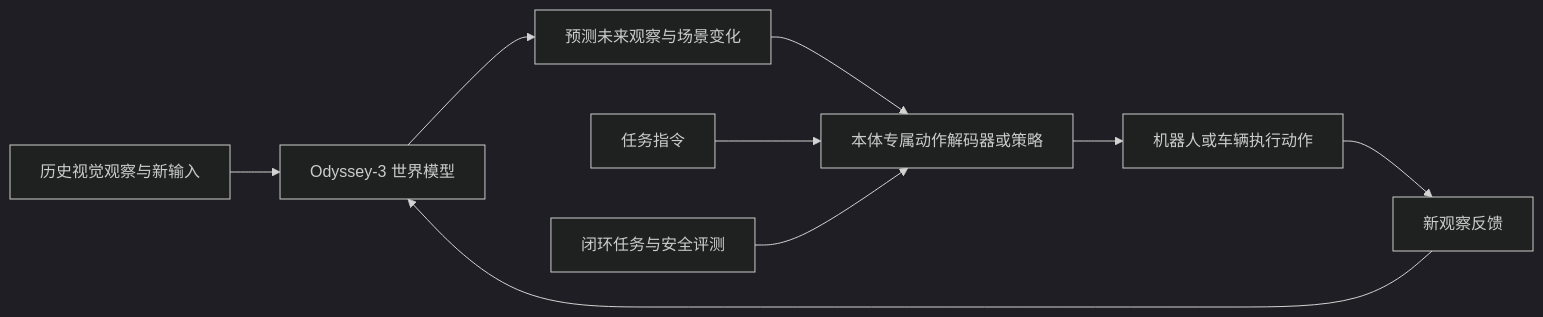
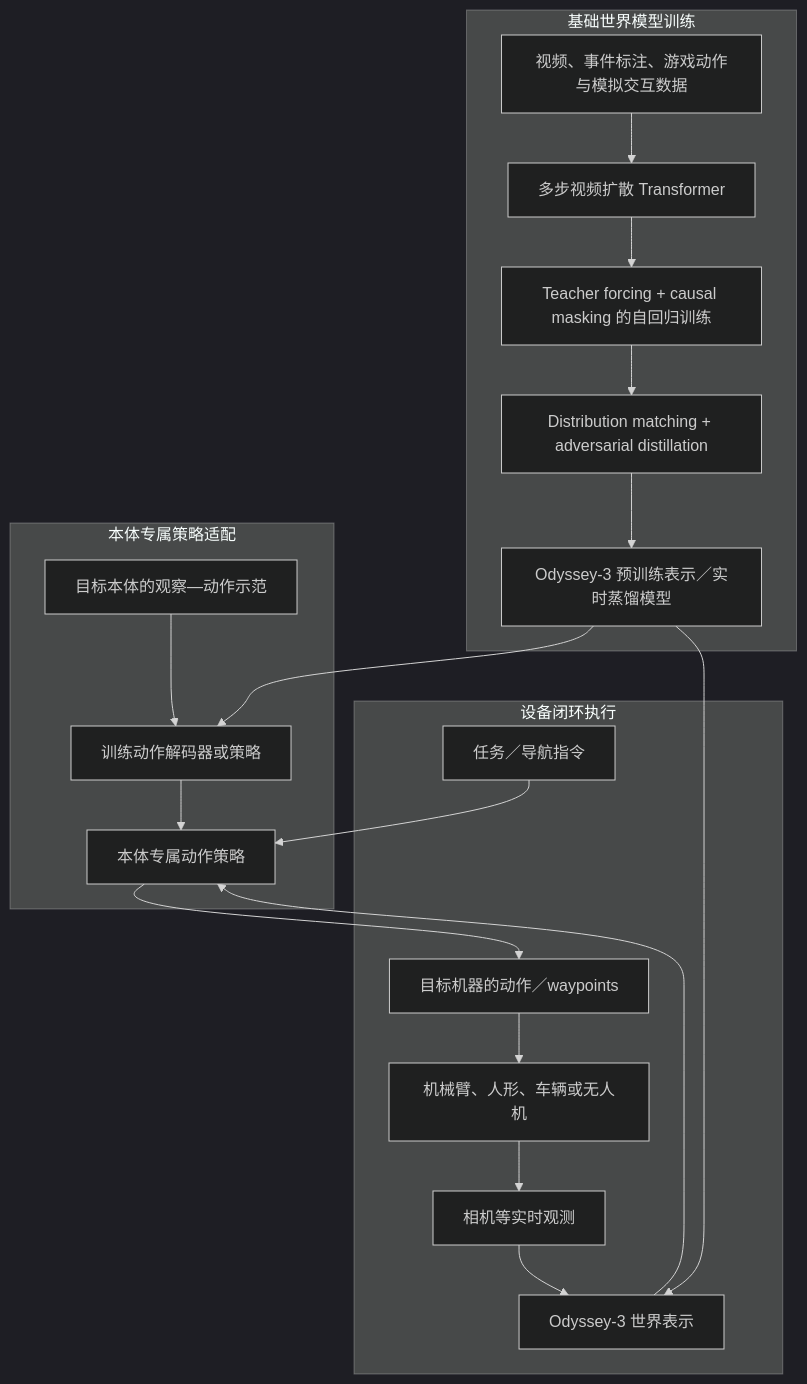
One commit to ImChong/Robotics_Notebooks changed the diagram in wiki/entities/odyssey-3.md. Above: the diagram before and after it, drawn with Mermaid (dark theme). The commit also changed other lines of this file, not shown here.

Commit message:
[2026-11-08] ingest | sources/sites/odyssey-3-introducing.md — 深读官方原文并完善世界模型与控制评测节点

````diff
--- a/wiki/entities/odyssey-3.md
+++ b/wiki/entities/odyssey-3.md
@@ -57,11 +79,23 @@
 ```mermaid
-flowchart LR
-  A["历史视觉观察与新输入"] --> B["Odyssey-3 世界模型"]
-  B --> C["预测未来观察与场景变化"]
-  C --> D["本体专属动作解码器或策略"]
-  D --> E["机器人或车辆执行动作"]
-  E --> F["新观察反馈"]
-  F --> B
-  G["任务指令"] --> D
-  H["闭环任务与安全评测"] --> D
+flowchart TB
+  subgraph pretrain["基础世界模型训练"]
+    A["视频、事件标注、游戏动作与模拟交互数据"] --> B["多步视频扩散 Transformer"]
+    B --> C["Teacher forcing + causal masking 的自回归训练"]
+    C --> D["Distribution matching + adversarial distillation"]
+    D --> E["Odyssey-3 预训练表示／实时蒸馏模型"]
+  end
+  subgraph adapt["本体专属策略适配"]
+    F["目标本体的观察—动作示范"] --> G["训练动作解码器或策略"]
+    E --> G
+    G --> H["本体专属动作策略"]
+  end
+  subgraph runtime["设备闭环执行"]
+    I["相机等实时观测"] --> J["Odyssey-3 世界表示"]
+    E --> J
+    J --> H
+    K["任务／导航指令"] --> H
+    H --> L["目标机器的动作／waypoints"]
+    L --> M["机械臂、人形、车辆或无人机"]
+    M --> I
+  end
 ```
````
